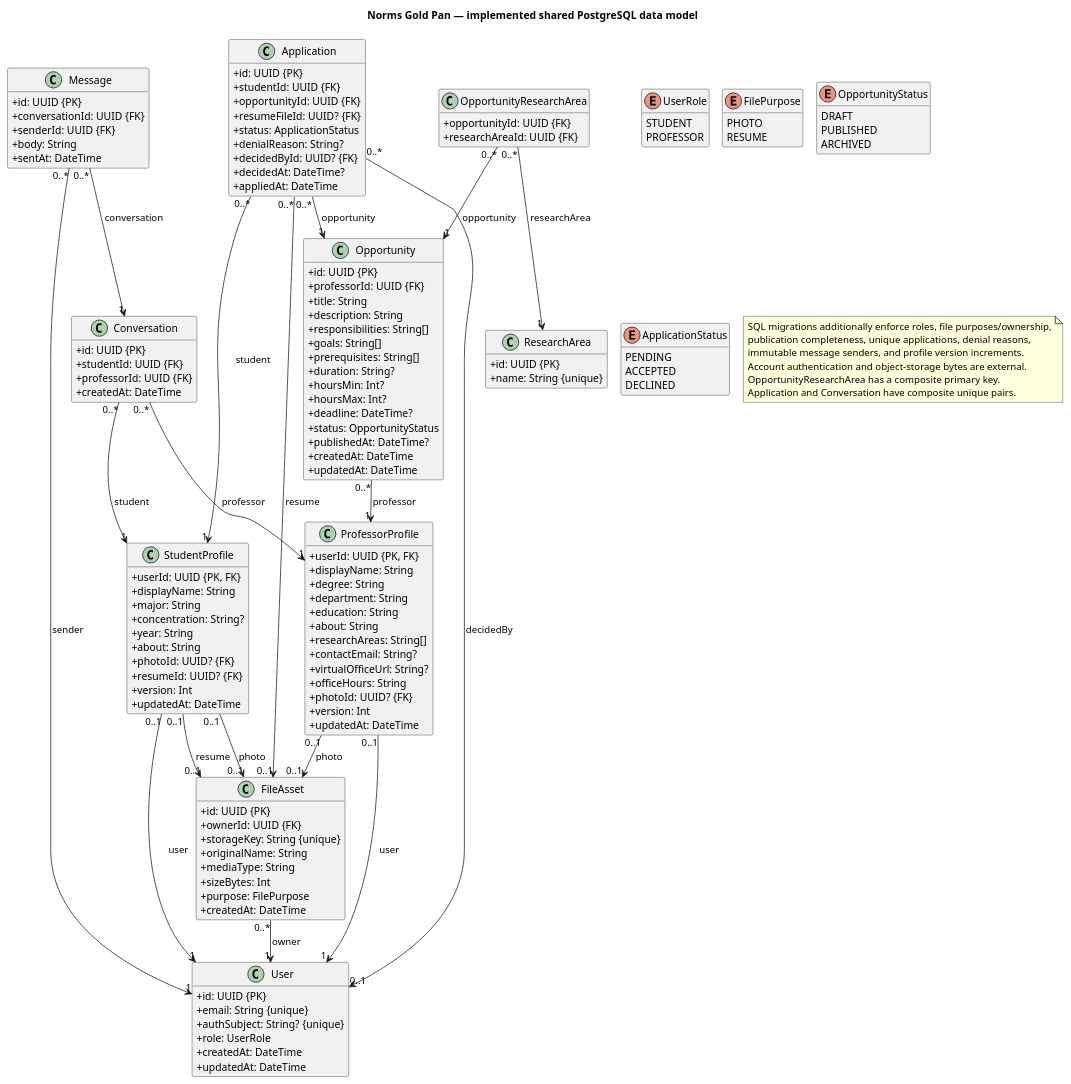
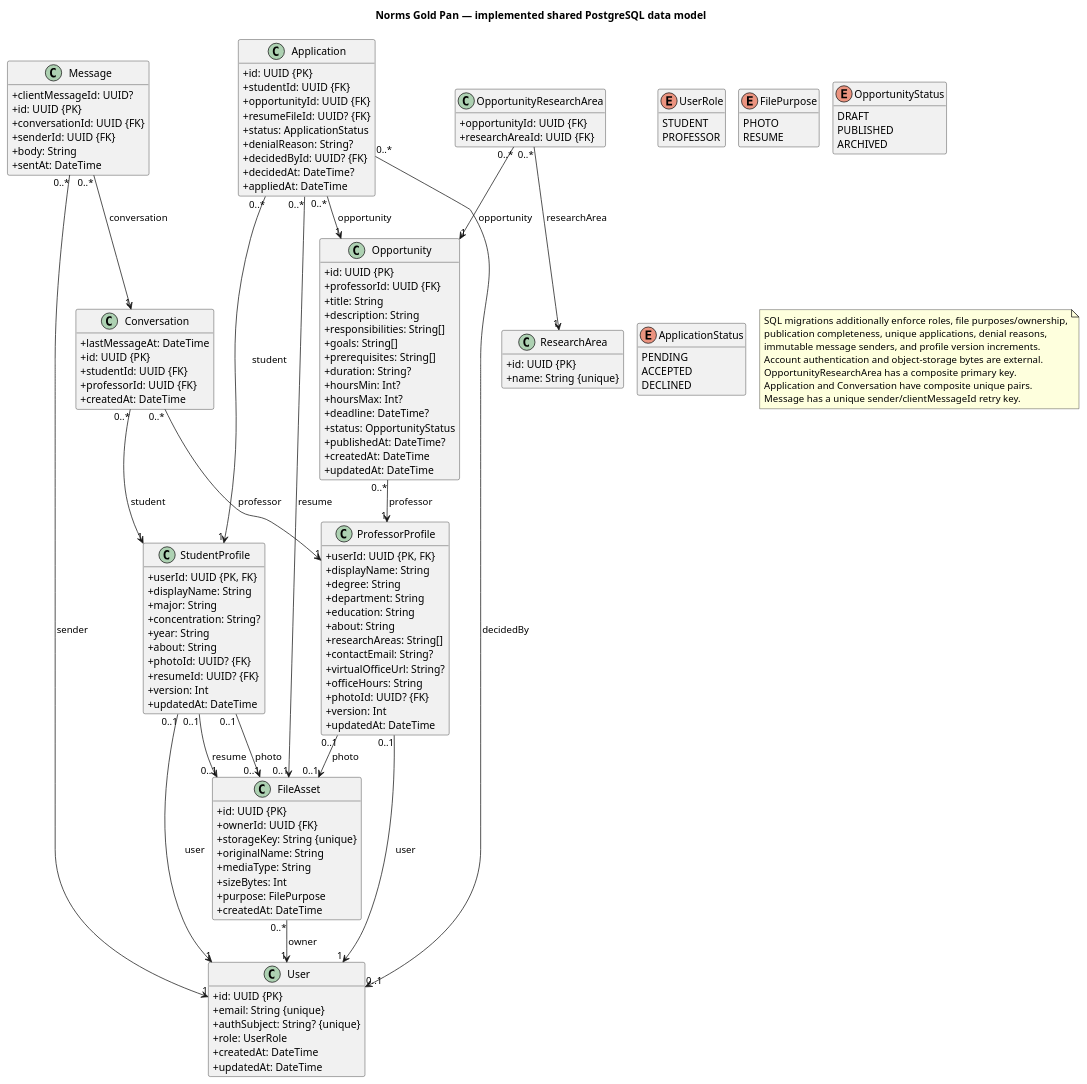
Before and after one commit to jclontz7-commits/3155implementation: the diagram in docs/uml/shared-data-class.puml, drawn with PlantUML. The commit also changed 48 other files, not shown here.

```diff
--- a/docs/uml/shared-data-class.puml
+++ b/docs/uml/shared-data-class.puml
@@ -1,146 +1,149 @@
 @startuml
 !pragma layout smetana
 skinparam classAttributeIconSize 0
 skinparam shadowing false
 skinparam backgroundColor white
 hide methods
 top to bottom direction
 title Norms Gold Pan — implemented shared PostgreSQL data model
 class User {
   +id: UUID {PK}
   +email: String {unique}
   +authSubject: String? {unique}
   +role: UserRole
   +createdAt: DateTime
   +updatedAt: DateTime
 }
 class FileAsset {
   +id: UUID {PK}
   +ownerId: UUID {FK}
   +storageKey: String {unique}
   +originalName: String
   +mediaType: String
   +sizeBytes: Int
   +purpose: FilePurpose
   +createdAt: DateTime
 }
 class StudentProfile {
   +userId: UUID {PK, FK}
   +displayName: String
   +major: String
   +concentration: String?
   +year: String
   +about: String
   +photoId: UUID? {FK}
   +resumeId: UUID? {FK}
   +version: Int
   +updatedAt: DateTime
 }
 class ProfessorProfile {
   +userId: UUID {PK, FK}
   +displayName: String
   +degree: String
   +department: String
   +education: String
   +about: String
   +researchAreas: String[]
   +contactEmail: String?
   +virtualOfficeUrl: String?
   +officeHours: String
   +photoId: UUID? {FK}
   +version: Int
   +updatedAt: DateTime
 }
 class ResearchArea {
   +id: UUID {PK}
   +name: String {unique}
 }
 class Opportunity {
   +id: UUID {PK}
   +professorId: UUID {FK}
   +title: String
   +description: String
   +responsibilities: String[]
   +goals: String[]
   +prerequisites: String[]
   +duration: String?
   +hoursMin: Int?
   +hoursMax: Int?
   +deadline: DateTime?
   +status: OpportunityStatus
   +publishedAt: DateTime?
   +createdAt: DateTime
   +updatedAt: DateTime
 }
 class OpportunityResearchArea {
   +opportunityId: UUID {FK}
   +researchAreaId: UUID {FK}
 }
 class Application {
   +id: UUID {PK}
   +studentId: UUID {FK}
   +opportunityId: UUID {FK}
   +resumeFileId: UUID? {FK}
   +status: ApplicationStatus
   +denialReason: String?
   +decidedById: UUID? {FK}
   +decidedAt: DateTime?
   +appliedAt: DateTime
 }
 class Conversation {
+  +lastMessageAt: DateTime
   +id: UUID {PK}
   +studentId: UUID {FK}
   +professorId: UUID {FK}
   +createdAt: DateTime
 }
 class Message {
+  +clientMessageId: UUID?
   +id: UUID {PK}
   +conversationId: UUID {FK}
   +senderId: UUID {FK}
   +body: String
   +sentAt: DateTime
 }
 enum UserRole {
   STUDENT
   PROFESSOR
 }
 enum FilePurpose {
   PHOTO
   RESUME
 }
 enum OpportunityStatus {
   DRAFT
   PUBLISHED
   ARCHIVED
 }
 enum ApplicationStatus {
   PENDING
   ACCEPTED
   DECLINED
 }
 FileAsset "0..*" --> "1" User : owner
 StudentProfile "0..1" --> "1" User : user
 StudentProfile "0..1" --> "0..1" FileAsset : photo
 StudentProfile "0..1" --> "0..1" FileAsset : resume
 ProfessorProfile "0..1" --> "1" User : user
 ProfessorProfile "0..1" --> "0..1" FileAsset : photo
 Opportunity "0..*" --> "1" ProfessorProfile : professor
 OpportunityResearchArea "0..*" --> "1" Opportunity : opportunity
 OpportunityResearchArea "0..*" --> "1" ResearchArea : researchArea
 Application "0..*" --> "1" StudentProfile : student
 Application "0..*" --> "1" Opportunity : opportunity
 Application "0..*" --> "0..1" FileAsset : resume
 Application "0..*" --> "0..1" User : decidedBy
 Conversation "0..*" --> "1" StudentProfile : student
 Conversation "0..*" --> "1" ProfessorProfile : professor
 Message "0..*" --> "1" Conversation : conversation
 Message "0..*" --> "1" User : sender
 note as Constraints
 SQL migrations additionally enforce roles, file purposes/ownership,
 publication completeness, unique applications, denial reasons,
 immutable message senders, and profile version increments.
 Account authentication and object-storage bytes are external.
 OpportunityResearchArea has a composite primary key.
 Application and Conversation have composite unique pairs.
+Message has a unique sender/clientMessageId retry key.
 end note
 @enduml
```
